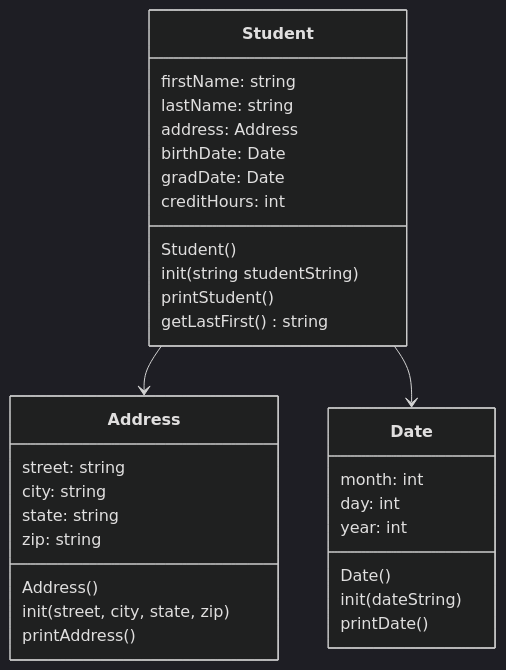
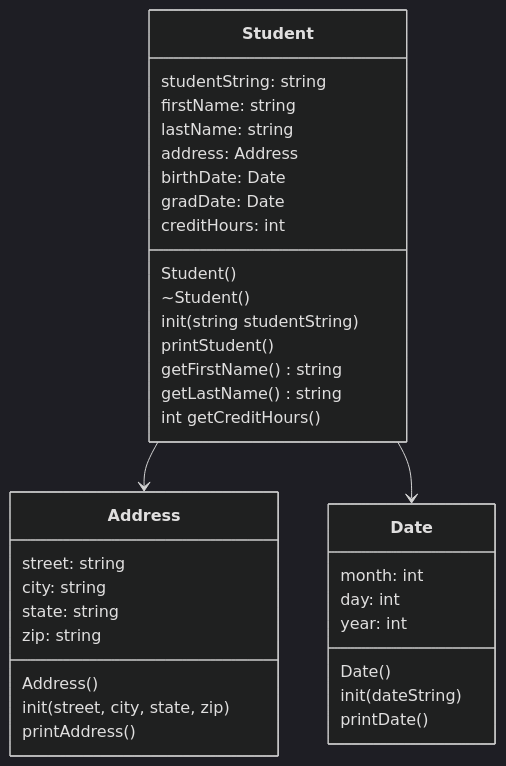
The diagram in README.md (jsanchez-codes/CS121_project_7), drawn with Mermaid (dark theme) before and after one commit.

Commit message:
Updated UML

````diff
--- a/README.md
+++ b/README.md
@@ -8,40 +8,44 @@
 ```mermaid
 
 classDiagram
 
 class Student{
+    studentString: string
     firstName: string
     lastName: string
     address: Address
     birthDate: Date
     gradDate: Date
     creditHours: int
     Student()
+    ~Student()
     init(string studentString)
     printStudent()
-    getLastFirst() string
+    getFirstName() string
+    getLastName() string
+    int getCreditHours()
 }
 
 class Address{
     street: string
     city: string
     state: string
     zip: string
     Address()
     init(street, city, state, zip)
     printAddress()
 }
 
 class Date{
     month: int
     day: int
     year: int
     Date()
     init(dateString)
     printDate()
 }
 
 Student --> Address
 Student --> Date
 
 ```
````
